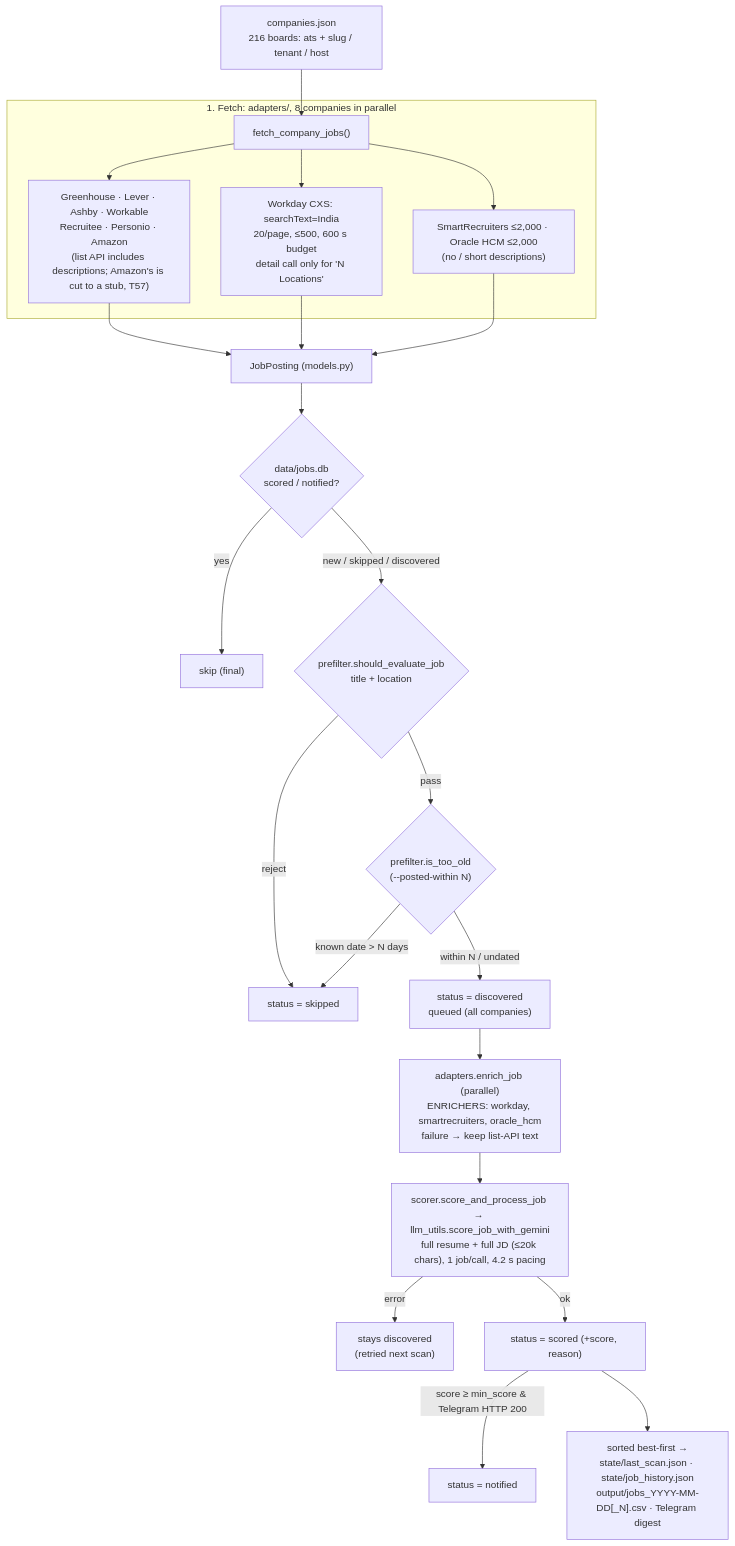
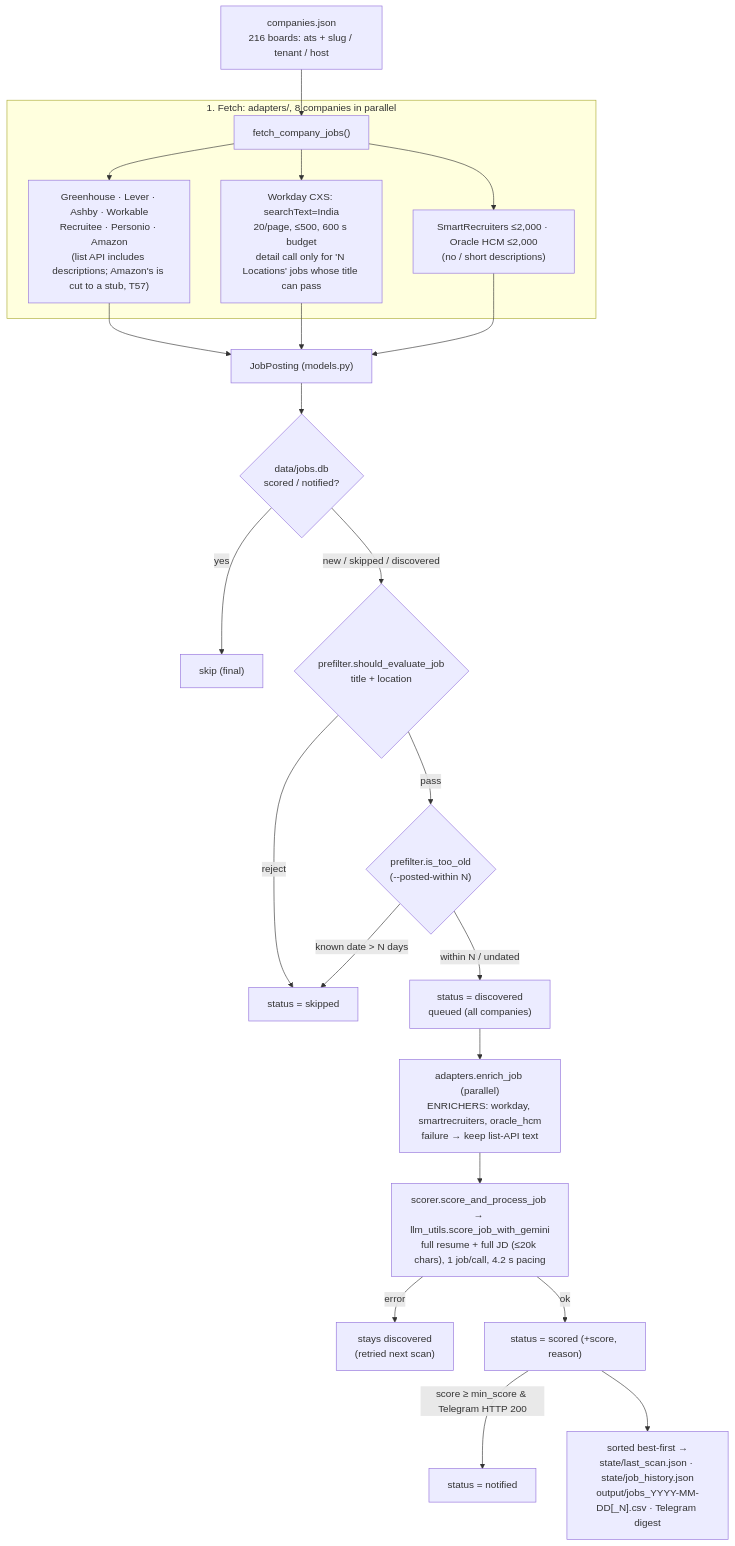
Before and after one commit to Manish814142/rolesight: the diagram in ARCHITECTURE.md, drawn with Mermaid. The commit also changed 7 other files, not shown here.

First line of the commit message:
T23: no Workday detail call for jobs the title pre-filter rejects

````diff
--- a/ARCHITECTURE.md
+++ b/ARCHITECTURE.md
@@ -19,25 +19,25 @@
 ```mermaid
 flowchart TD
     COMP["companies.json<br/>216 boards: ats + slug / tenant / host"] --> FETCH
     subgraph Fetch ["1. Fetch: adapters/, 8 companies in parallel"]
         FETCH["fetch_company_jobs()"] --> LISTAPI["Greenhouse · Lever · Ashby · Workable<br/>Recruitee · Personio · Amazon<br/>(list API includes descriptions; Amazon's is cut to a stub, T57)"]
-        FETCH --> WD["Workday CXS: searchText=India<br/>20/page, ≤500, 600 s budget<br/>detail call only for 'N Locations'"]
+        FETCH --> WD["Workday CXS: searchText=India<br/>20/page, ≤500, 600 s budget<br/>detail call only for 'N Locations' jobs whose title can pass"]
         FETCH --> SROH["SmartRecruiters ≤2,000 · Oracle HCM ≤2,000<br/>(no / short descriptions)"]
     end
     LISTAPI --> JP["JobPosting (models.py)"]
     WD --> JP
     SROH --> JP
     JP --> DEDUP{"data/jobs.db<br/>scored / notified?"}
     DEDUP -- yes --> SKIPF["skip (final)"]
     DEDUP -- "new / skipped / discovered" --> PF{"prefilter.should_evaluate_job<br/>title + location"}
     PF -- reject --> SKIPPED["status = skipped"]
     PF -- pass --> AGE{"prefilter.is_too_old<br/>(--posted-within N)"}
     AGE -- "known date > N days" --> SKIPPED
     AGE -- "within N / undated" --> QUEUE["status = discovered<br/>queued (all companies)"]
     QUEUE --> ENRICH["adapters.enrich_job (parallel)<br/>ENRICHERS: workday, smartrecruiters, oracle_hcm<br/>failure → keep list-API text"]
     ENRICH --> SCORE["scorer.score_and_process_job → llm_utils.score_job_with_gemini<br/>full resume + full JD (≤20k chars), 1 job/call, 4.2 s pacing"]
     SCORE -- error --> DISC["stays discovered<br/>(retried next scan)"]
     SCORE -- ok --> SCORED["status = scored (+score, reason)"]
     SCORED -- "score ≥ min_score & Telegram HTTP 200" --> NOTIFIED["status = notified"]
     SCORED --> OUT["sorted best-first →<br/>state/last_scan.json · state/job_history.json<br/>output/jobs_YYYY-MM-DD[_N].csv · Telegram digest"]
 ```
````
